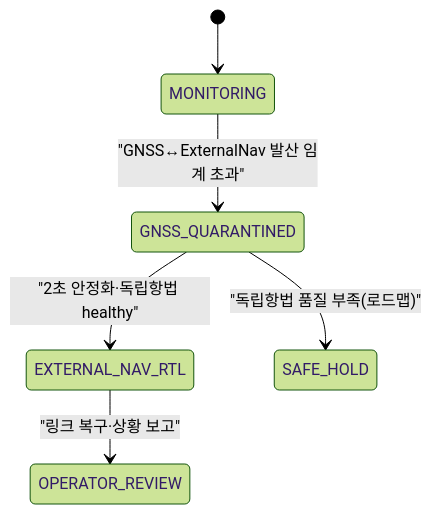
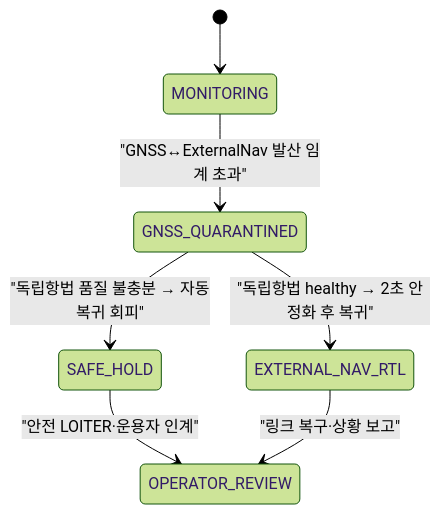
Before and after one commit to coketazo/dah-qualifier: the third of 3 diagrams in README.md, drawn with Mermaid (forest theme). The commit also changed other lines of this file and 10 other files, not shown here.

````diff
--- a/README.md
+++ b/README.md
@@ -175,8 +175,9 @@
 ```mermaid
 stateDiagram-v2
   [*] --> MONITORING
   MONITORING --> GNSS_QUARANTINED: "GNSS↔ExternalNav 발산 임계 초과"
-  GNSS_QUARANTINED --> EXTERNAL_NAV_RTL: "2초 안정화·독립항법 healthy"
-  GNSS_QUARANTINED --> SAFE_HOLD: "독립항법 품질 부족(로드맵)"
+  GNSS_QUARANTINED --> EXTERNAL_NAV_RTL: "독립항법 healthy → 2초 안정화 후 복귀"
+  GNSS_QUARANTINED --> SAFE_HOLD: "독립항법 품질 불충분 → 자동복귀 회피"
+  SAFE_HOLD --> OPERATOR_REVIEW: "안전 LOITER·운용자 인계"
   EXTERNAL_NAV_RTL --> OPERATOR_REVIEW: "링크 복구·상황 보고"
 ```
````
